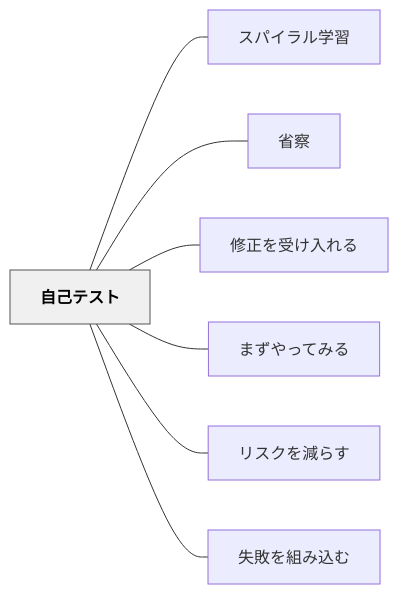
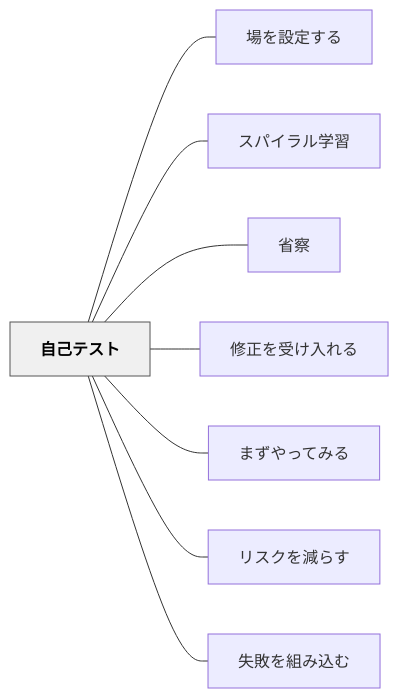
The diagram in content/パタン/自己テスト.md (unknownthings-ed-patterns/unknownthings-ed-patterns), drawn with Mermaid before and after one commit. The commit also changed other lines of this file and 473 other files, not shown here.

````diff
--- a/content/パタン/自己テスト.md
+++ b/content/パタン/自己テスト.md
@@ -91,20 +92,22 @@
 ```mermaid
 flowchart LR
     ne887aae5b7b1["自己テスト"]
+    ne5a0b4e38292["場を設定する"]
     ne382b9e38391["スパイラル学習"]
     ne79c81e5af9f["省察"]
     ne4bfaee6ada3["修正を受け入れる"]
     ne381bee3819a["まずやってみる"]
     ne383aae382b9["リスクを減らす"]
     ne5a4b1e69597["失敗を組み込む"]
 
+    ne887aae5b7b1 --- ne5a0b4e38292
     ne887aae5b7b1 --- ne382b9e38391
     ne887aae5b7b1 --- ne79c81e5af9f
     ne887aae5b7b1 --- ne4bfaee6ada3
     ne887aae5b7b1 --- ne381bee3819a
     ne887aae5b7b1 --- ne383aae382b9
     ne887aae5b7b1 --- ne5a4b1e69597
 
     classDef hub fill:#f0f0f0,stroke:#555,color:#000,font-weight:bold
     class ne887aae5b7b1 hub
 ```
````
